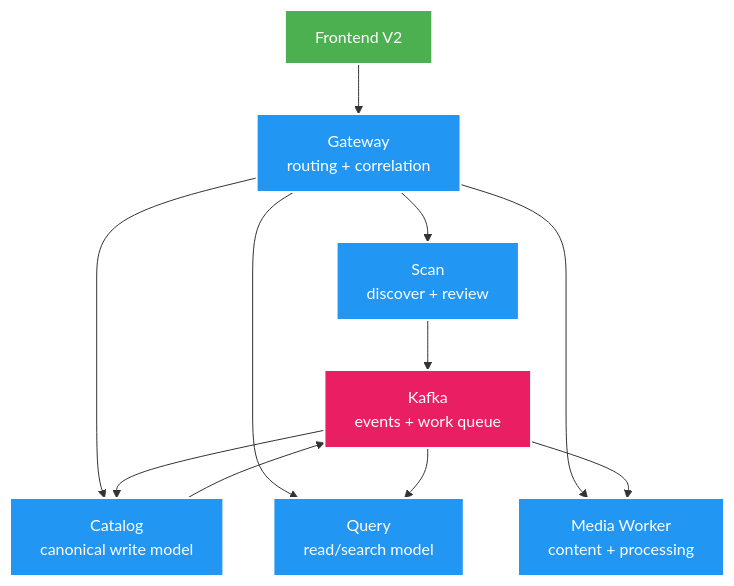
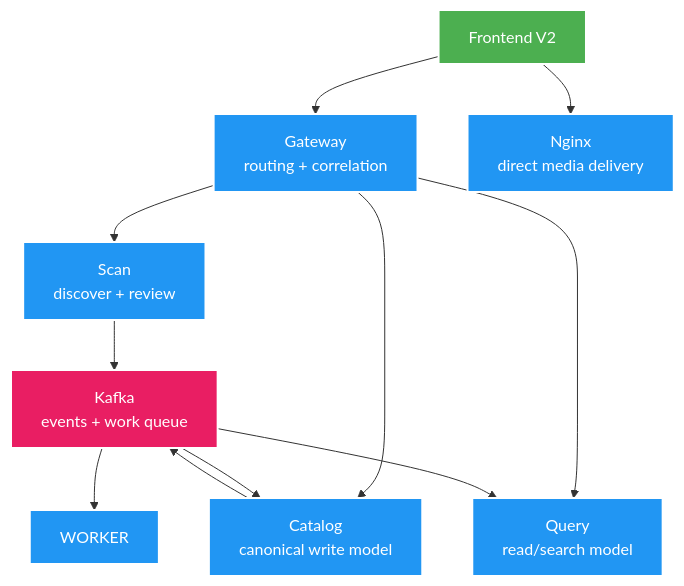
The first of 2 diagrams in manual/learning/backend-v2/02-architecture-technical.md (HungPhan200591/file-mngt-be-v2), drawn with Mermaid before and after one commit. The commit also changed other lines of this file and 18 other files, not shown here.

Commit message:
refactor: update documentation and architecture for Nginx direct media delivery implementation

````diff
--- a/manual/learning/backend-v2/02-architecture-technical.md
+++ b/manual/learning/backend-v2/02-architecture-technical.md
@@ -5,21 +5,22 @@
 ```mermaid
 flowchart TB
     UI["Frontend V2"] --> GW["Gateway<br/>routing + correlation"]
+    UI --> NGINX["Nginx<br/>direct media delivery"]
     GW --> SCAN["Scan<br/>discover + review"]
     GW --> CAT["Catalog<br/>canonical write model"]
     GW --> QUERY["Query<br/>read/search model"]
-    GW --> WORKER["Media Worker<br/>content + processing"]
     SCAN --> KAFKA["Kafka<br/>events + work queue"]
     CAT --> KAFKA
     KAFKA --> CAT
     KAFKA --> QUERY
     KAFKA --> WORKER
 
     style UI fill:#4CAF50,stroke:#fff,stroke-width:2px,color:#fff
     style GW fill:#2196F3,stroke:#fff,stroke-width:2px,color:#fff
     style SCAN fill:#2196F3,stroke:#fff,stroke-width:2px,color:#fff
     style CAT fill:#2196F3,stroke:#fff,stroke-width:2px,color:#fff
     style QUERY fill:#2196F3,stroke:#fff,stroke-width:2px,color:#fff
     style WORKER fill:#2196F3,stroke:#fff,stroke-width:2px,color:#fff
+    style NGINX fill:#2196F3,stroke:#fff,stroke-width:2px,color:#fff
     style KAFKA fill:#E91E63,stroke:#fff,stroke-width:2px,color:#fff
 ```
````
